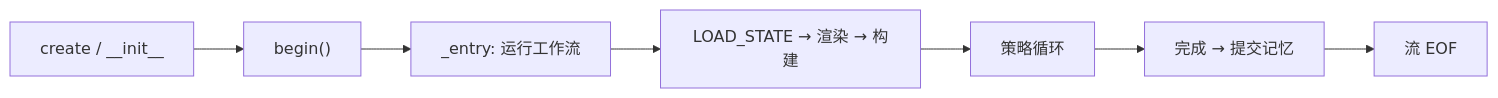
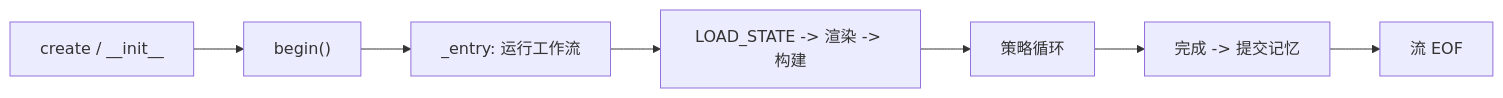
One commit to AmritaBot/AmritaCore changed the second of 2 diagrams in docs/docs/zh/guide/concepts/chat-object.md. Above: the diagram before and after it, drawn with Mermaid. The commit also changed other lines of this file and 89 other files, not shown here.

````diff
--- a/docs/docs/zh/guide/concepts/chat-object.md
+++ b/docs/docs/zh/guide/concepts/chat-object.md
@@ -27,9 +27,9 @@
 ```mermaid
 flowchart LR
     A["create / __init__"] --> B["begin()"]
     B --> C["_entry: 运行工作流"]
-    C --> D["LOAD_STATE → 渲染 → 构建"]
+    C --> D["LOAD_STATE -> 渲染 -> 构建"]
     D --> E["策略循环"]
-    E --> F["完成 → 提交记忆"]
+    E --> F["完成 -> 提交记忆"]
     F --> G["流 EOF"]
 ```
````
